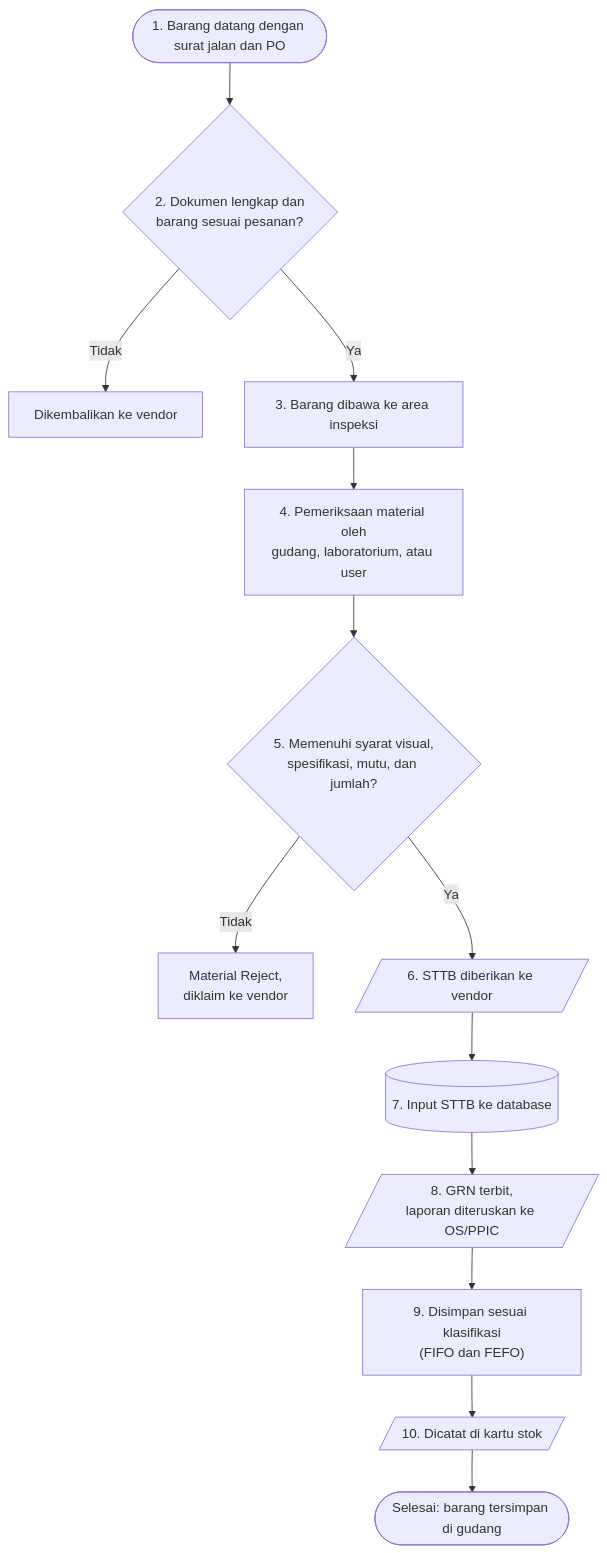
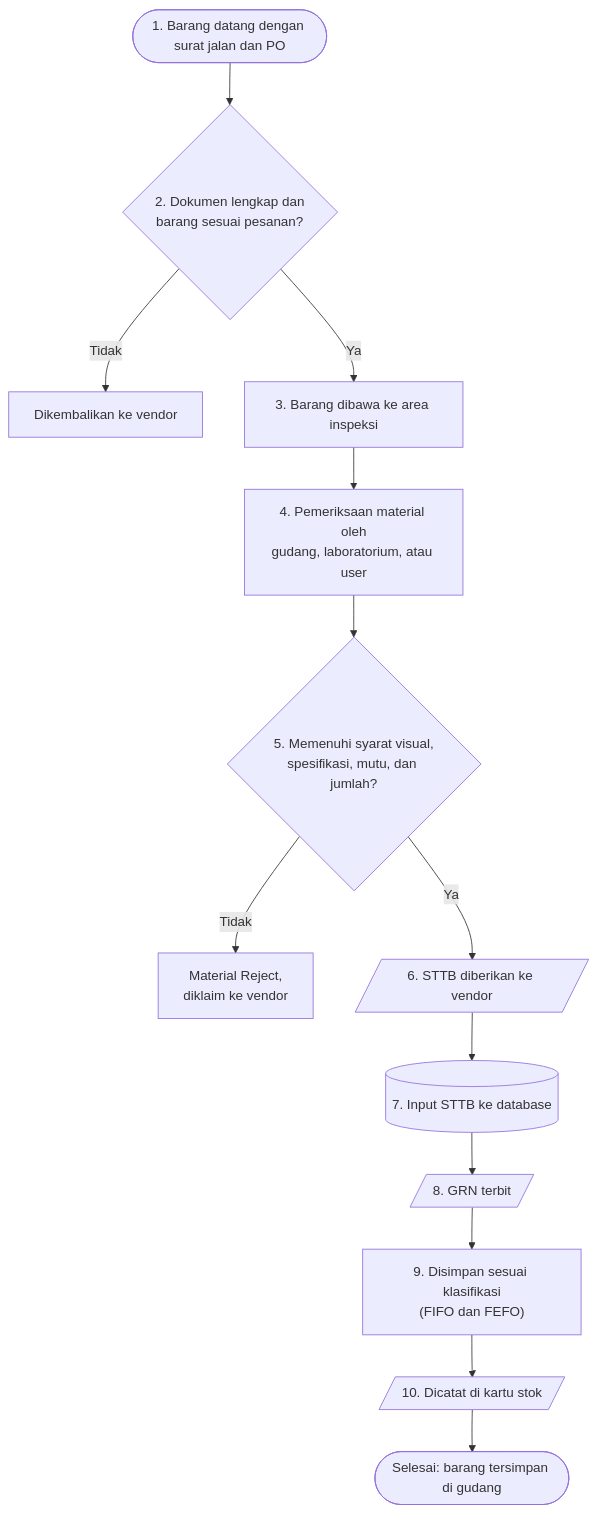
Before and after one commit to Hwarinn66/WareHouse: the diagram in docs/alur-kerja/barang-masuk.md, drawn with Mermaid. The commit also changed other lines of this file and 12 other files, not shown here.

First line of the commit message:
Hapus OS/PPIC dari handbook dan perbarui tabel pencatatan stok

````diff
--- a/docs/alur-kerja/barang-masuk.md
+++ b/docs/alur-kerja/barang-masuk.md
@@ -18,17 +18,17 @@
 ```mermaid
 flowchart TD
   accTitle: Flowchart alur barang masuk
-  accDescr: 1 barang datang dengan surat jalan dan PO, 2 dokumen dan kesesuaian pesanan dicek, 3 barang dibawa ke area inspeksi, 4 material diperiksa oleh gudang, laboratorium, atau user, 5 hasil pemeriksaan dicocokkan dengan persyaratan, 6 STTB diberikan ke vendor, 7 STTB diinput ke database, 8 GRN terbit dan laporan diteruskan ke OS/PPIC, 9 barang disimpan sesuai klasifikasi, 10 dicatat di kartu stok. Barang yang tidak lolos di langkah 2 dikembalikan ke vendor, dan yang tidak lolos di langkah 5 diberi tanda Material Reject lalu diklaim ke vendor.
+  accDescr: 1 barang datang dengan surat jalan dan PO, 2 dokumen dan kesesuaian pesanan dicek, 3 barang dibawa ke area inspeksi, 4 material diperiksa oleh gudang, laboratorium, atau user, 5 hasil pemeriksaan dicocokkan dengan persyaratan, 6 STTB diberikan ke vendor, 7 STTB diinput ke database, 8 GRN terbit, 9 barang disimpan sesuai klasifikasi, 10 dicatat di kartu stok. Barang yang tidak lolos di langkah 2 dikembalikan ke vendor, dan yang tidak lolos di langkah 5 diberi tanda Material Reject lalu diklaim ke vendor.
   L1(["1. Barang datang dengan surat jalan dan PO"]):::vendor --> L2{"2. Dokumen lengkap dan<br/>barang sesuai pesanan?"}:::cek
   L2 -- Tidak --> T2["Dikembalikan ke vendor"]:::tolak
   L2 -- Ya --> L3["3. Barang dibawa ke area inspeksi"]:::staff
   L3 --> L4["4. Pemeriksaan material oleh<br/>gudang, laboratorium, atau user"]:::staff
   L4 --> L5{"5. Memenuhi syarat visual,<br/>spesifikasi, mutu, dan jumlah?"}:::cek
   L5 -- Tidak --> T5["Material Reject,<br/>diklaim ke vendor"]:::tolak
   L5 -- Ya --> L6[/"6. STTB diberikan ke vendor"/]:::dokumen
   L6 --> L7[("7. Input STTB ke database")]:::sistem
-  L7 --> L8[/"8. GRN terbit,<br/>laporan diteruskan ke OS/PPIC"/]:::dokumen
+  L7 --> L8[/"8. GRN terbit"/]:::dokumen
   L8 --> L9["9. Disimpan sesuai klasifikasi<br/>(FIFO dan FEFO)"]:::staff
   L9 --> L10[/"10. Dicatat di kartu stok"/]:::dokumen
   L10 --> SELESAI(["Selesai: barang tersimpan di gudang"]):::selesai
 ```
````
